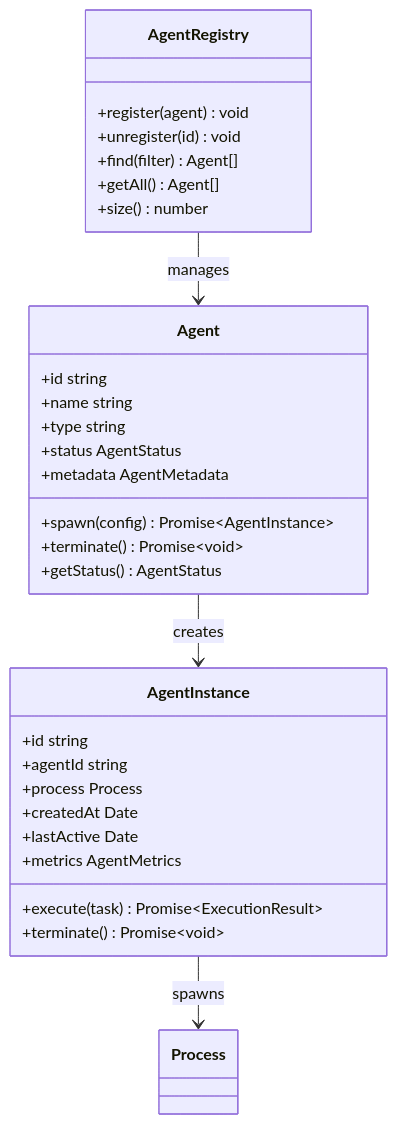
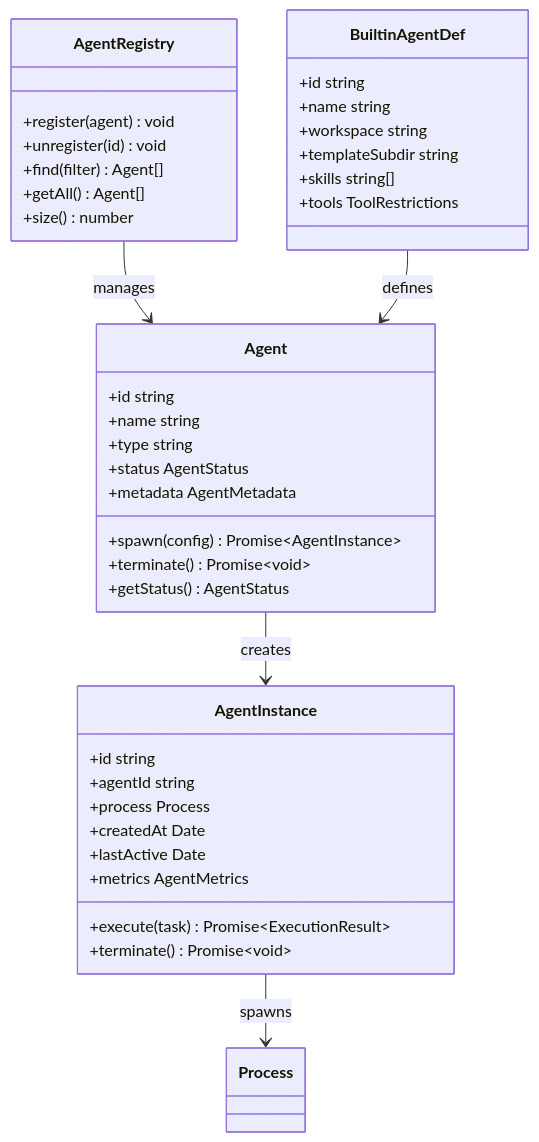
One commit to verse-ai-org/openclaw changed the second of 12 diagrams in .qoder/repowiki/zh/content/Builtin Agents System.md. Above: the diagram before and after it, drawn with Mermaid. The commit also changed other lines of this file and 7 other files, not shown here.

````diff
--- a/.qoder/repowiki/zh/content/Builtin Agents System.md
+++ b/.qoder/repowiki/zh/content/Builtin Agents System.md
@@ -85,33 +109,42 @@
 ```mermaid
 classDiagram
 class AgentRegistry {
 +register(agent) void
 +unregister(id) void
 +find(filter) Agent[]
 +getAll() Agent[]
 +size() number
 }
 class Agent {
 +id string
 +name string
 +type string
 +status AgentStatus
 +metadata AgentMetadata
 +spawn(config) Promise~AgentInstance~
 +terminate() Promise~void~
 +getStatus() AgentStatus
 }
 class AgentInstance {
 +id string
 +agentId string
 +process Process
 +createdAt Date
 +lastActive Date
 +metrics AgentMetrics
 +execute(task) Promise~ExecutionResult~
 +terminate() Promise~void~
 }
+class BuiltinAgentDef {
++id string
++name string
++workspace string
++templateSubdir string
++skills string[]
++tools ToolRestrictions
+}
 AgentRegistry --> Agent : manages
 Agent --> AgentInstance : creates
 AgentInstance --> Process : spawns
+BuiltinAgentDef --> Agent : defines
 ```
````
